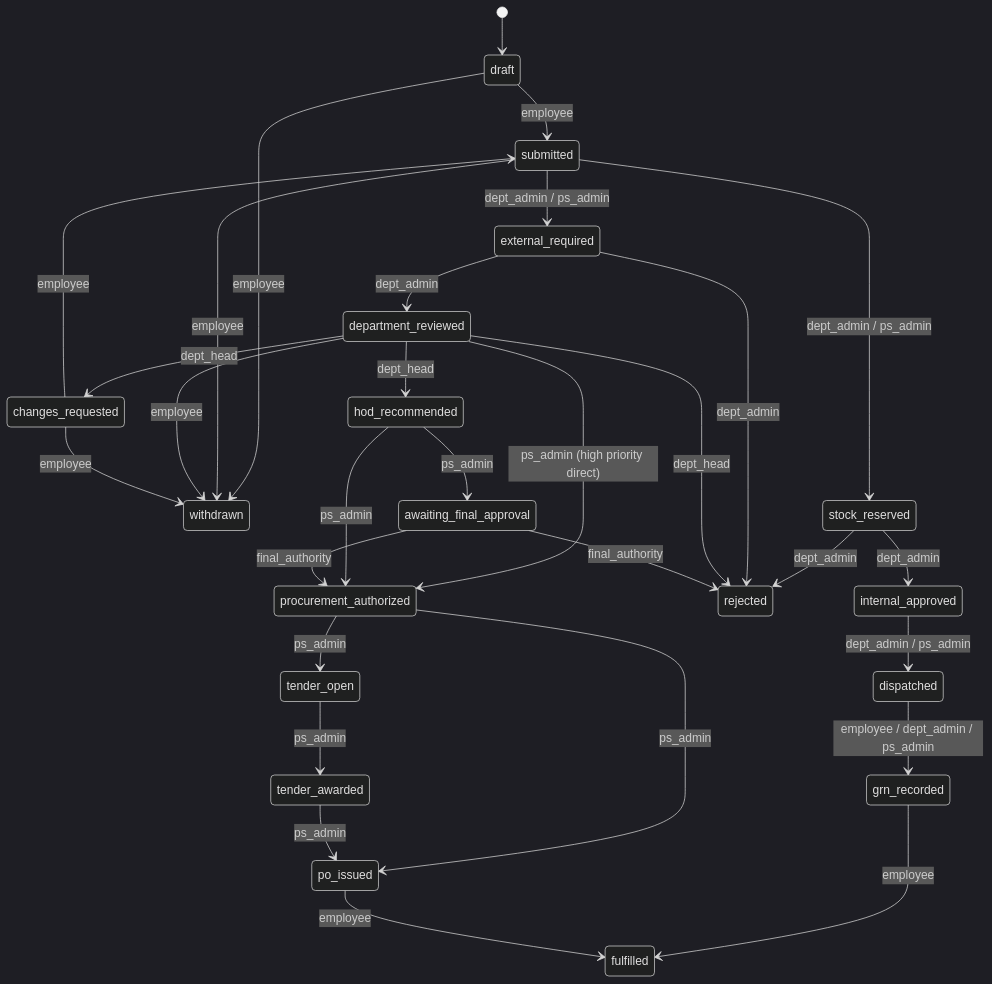
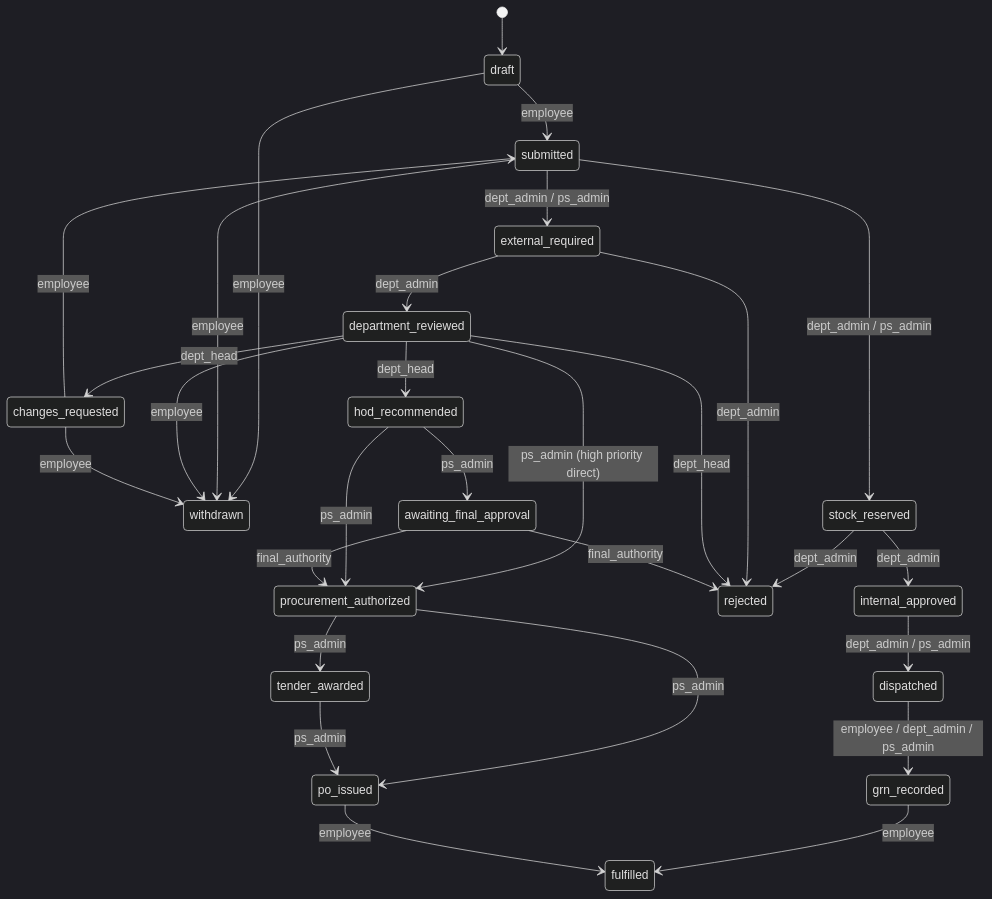
Before and after one commit to FusionIIIT/Fusion-Integrated: the diagram in docs/09-psm/psm-state-machine.md, drawn with Mermaid (dark theme). The commit also changed 18 other files, not shown here.

````diff
--- a/docs/09-psm/psm-state-machine.md
+++ b/docs/09-psm/psm-state-machine.md
@@ -7,32 +7,31 @@
 ```mermaid
 stateDiagram-v2
     [*] --> draft
     draft --> submitted : employee
     draft --> withdrawn : employee
     submitted --> stock_reserved : dept_admin / ps_admin
     submitted --> external_required : dept_admin / ps_admin
     submitted --> withdrawn : employee
     stock_reserved --> internal_approved : dept_admin
     stock_reserved --> rejected : dept_admin
     internal_approved --> dispatched : dept_admin / ps_admin
     dispatched --> grn_recorded : employee / dept_admin / ps_admin
     grn_recorded --> fulfilled : employee
     external_required --> department_reviewed : dept_admin
     external_required --> rejected : dept_admin
     department_reviewed --> hod_recommended : dept_head
     department_reviewed --> changes_requested : dept_head
     department_reviewed --> rejected : dept_head
     department_reviewed --> procurement_authorized : ps_admin (high priority direct)
     department_reviewed --> withdrawn : employee
     changes_requested --> submitted : employee
     changes_requested --> withdrawn : employee
     hod_recommended --> awaiting_final_approval : ps_admin
     hod_recommended --> procurement_authorized : ps_admin
     awaiting_final_approval --> procurement_authorized : final_authority
     awaiting_final_approval --> rejected : final_authority
-    procurement_authorized --> tender_open : ps_admin
+    procurement_authorized --> tender_awarded : ps_admin
     procurement_authorized --> po_issued : ps_admin
-    tender_open --> tender_awarded : ps_admin
     tender_awarded --> po_issued : ps_admin
     po_issued --> fulfilled : employee
 ```
````
